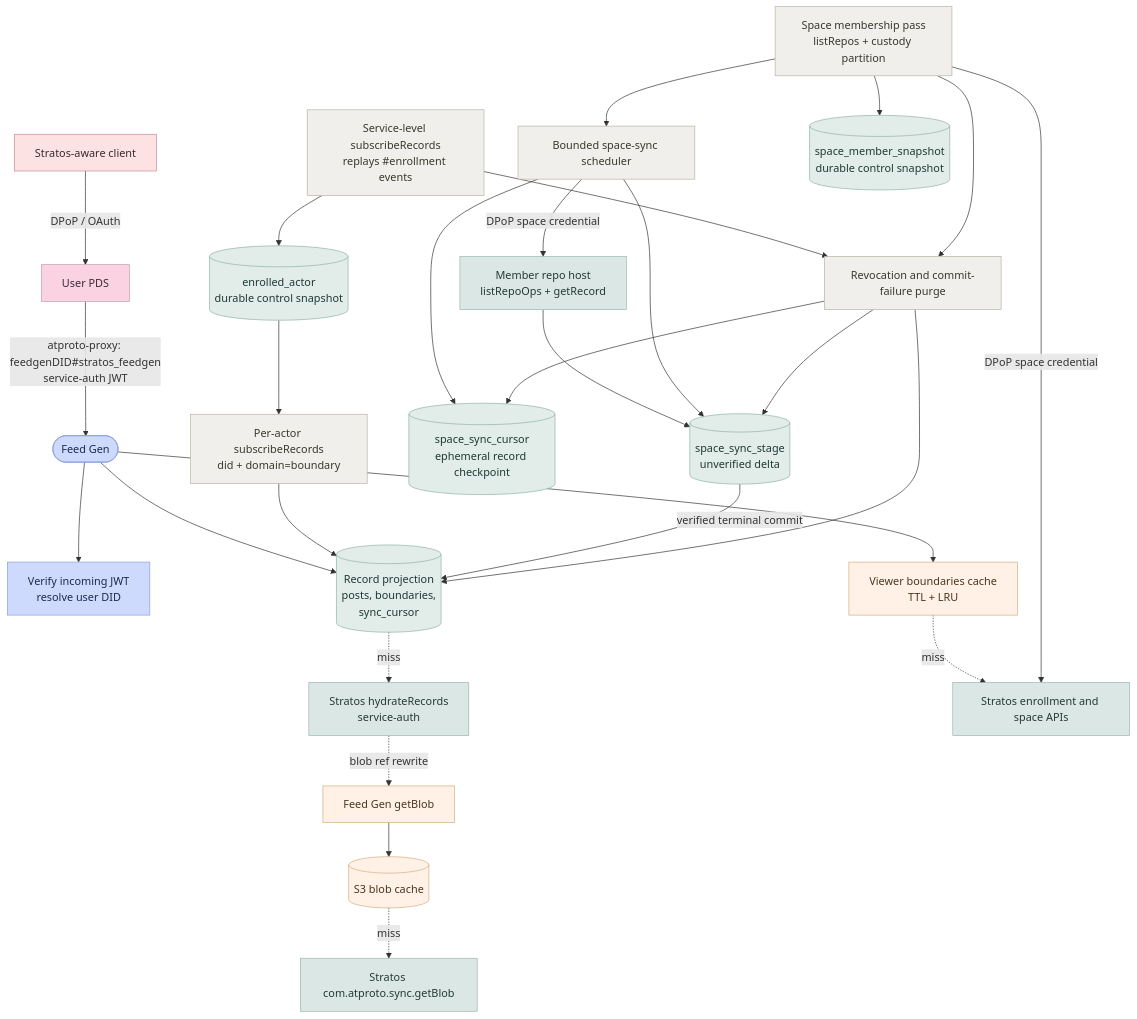
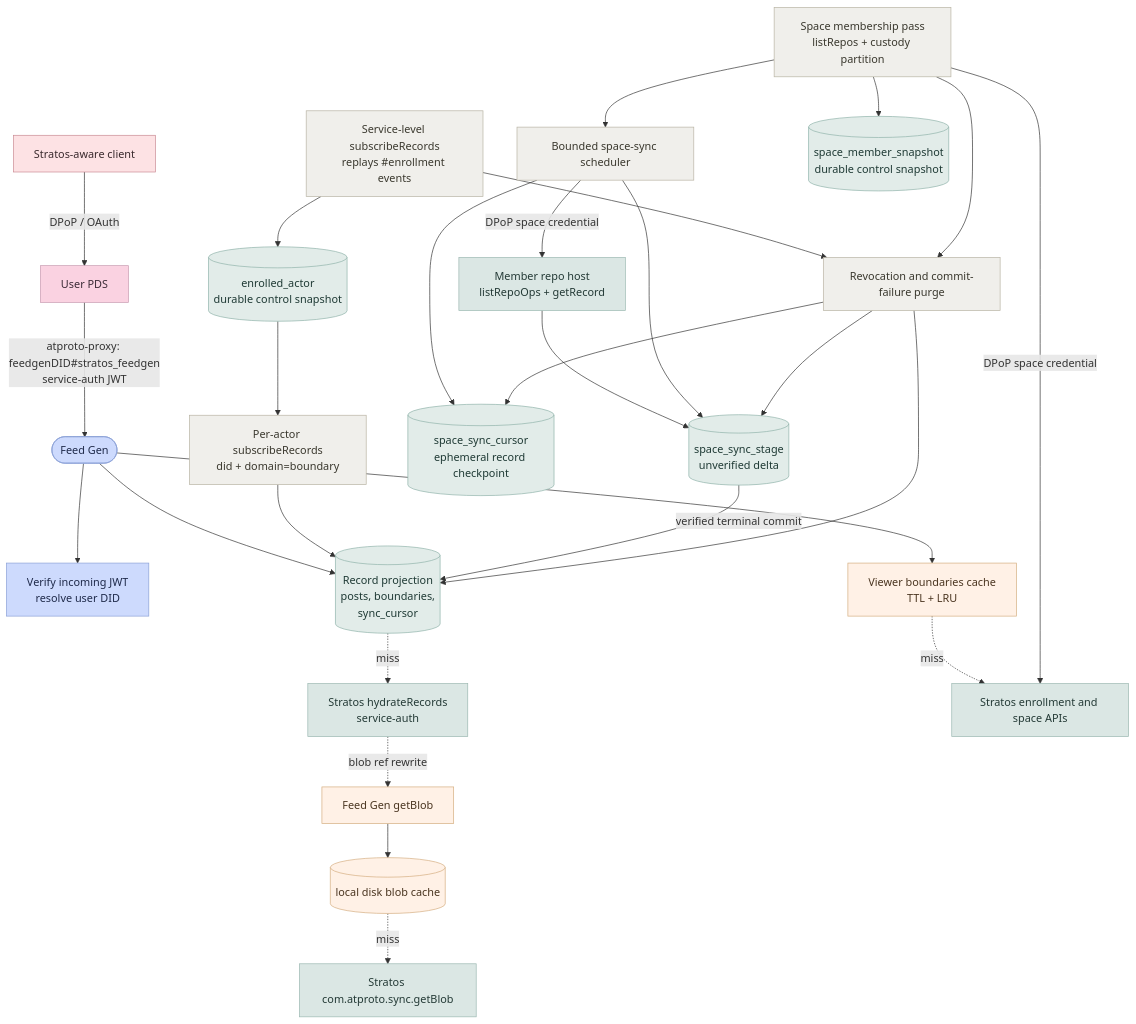
The diagram in stratos-feedgen/README.md (NorthskySocial/stratos), drawn with Mermaid before and after one commit. The commit also changed other lines of this file and 34 other files, not shown here.

````diff
--- a/stratos-feedgen/README.md
+++ b/stratos-feedgen/README.md
@@ -11,69 +11,69 @@
 ```mermaid
 flowchart TD
     Client[Stratos-aware client]
     PDS[User PDS]
     FG([Feed Gen])
     Verify[Verify incoming JWT<br/>resolve user DID]
     BCache[Viewer boundaries cache<br/>TTL + LRU]
     Index[(Record projection<br/>posts, boundaries,<br/>sync_cursor)]
     Hydrate[Stratos hydrateRecords<br/>service-auth]
     Blob[Feed Gen getBlob]
-    S3[(S3 blob cache)]
+    S3[(local disk blob cache)]
     StratosBlob[Stratos com.atproto.sync.getBlob]
     ResolveEnr[Stratos enrollment and space APIs]
 
     SvcSub[Service-level subscribeRecords<br/>replays #enrollment events]
     Enrolled[(enrolled_actor<br/>durable control snapshot)]
     ActorSub[Per-actor subscribeRecords<br/>did + domain=boundary]
     SpaceMembership[Space membership pass<br/>listRepos + custody partition]
     SpaceScheduler[Bounded space-sync scheduler]
     MemberHost[Member repo host<br/>listRepoOps + getRecord]
     Members[(space_member_snapshot<br/>durable control snapshot)]
     SpaceCursor[(space_sync_cursor<br/>ephemeral record checkpoint)]
     SpaceStage[(space_sync_stage<br/>unverified delta)]
     Purger[Revocation and commit-failure purge]
 
     Client -->|DPoP / OAuth| PDS
     PDS -->|atproto-proxy: feedgenDID#stratos_feedgen<br/>service-auth JWT| FG
     FG --> Verify
     FG --> BCache
     FG --> Index
     BCache -.miss.-> ResolveEnr
     Index -.miss.-> Hydrate
     Hydrate -.blob ref rewrite.-> Blob
     Blob --> S3
     S3 -.miss.-> StratosBlob
 
     SvcSub --> Enrolled
     Enrolled --> ActorSub
     ActorSub --> Index
     SpaceMembership -->|DPoP space credential| ResolveEnr
     SpaceMembership --> SpaceScheduler
     SpaceMembership --> Members
     SpaceScheduler -->|DPoP space credential| MemberHost
     MemberHost --> SpaceStage
     SpaceStage -->|verified terminal commit| Index
     SpaceScheduler --> SpaceCursor
     SpaceScheduler --> SpaceStage
     SvcSub --> Purger
     SpaceMembership --> Purger
     Purger --> Index
     Purger --> SpaceCursor
     Purger --> SpaceStage
 
     classDef client fill:#fde2e4,stroke:#c98a93,color:#3a2a2d
     classDef pds fill:#fad2e1,stroke:#c79bb1,color:#3a2a35
     classDef fg fill:#cddafd,stroke:#8aa0d6,color:#1f2a4a
     classDef store fill:#e2ece9,stroke:#8fb3aa,color:#1f3a35
     classDef cache fill:#fff1e6,stroke:#d4ad7f,color:#4a3520
     classDef upstream fill:#dbe7e4,stroke:#9bb8b1,color:#243a36
     classDef worker fill:#f0efeb,stroke:#b8b3a3,color:#3a382e
 
     class Client client
     class PDS pds
     class FG,Verify fg
     class Index,Enrolled,Members,SpaceCursor,SpaceStage store
     class BCache,S3,Blob cache
     class Hydrate,ResolveEnr,StratosBlob,MemberHost upstream
     class SvcSub,ActorSub,SpaceMembership,SpaceScheduler,Purger worker
 ```
````
